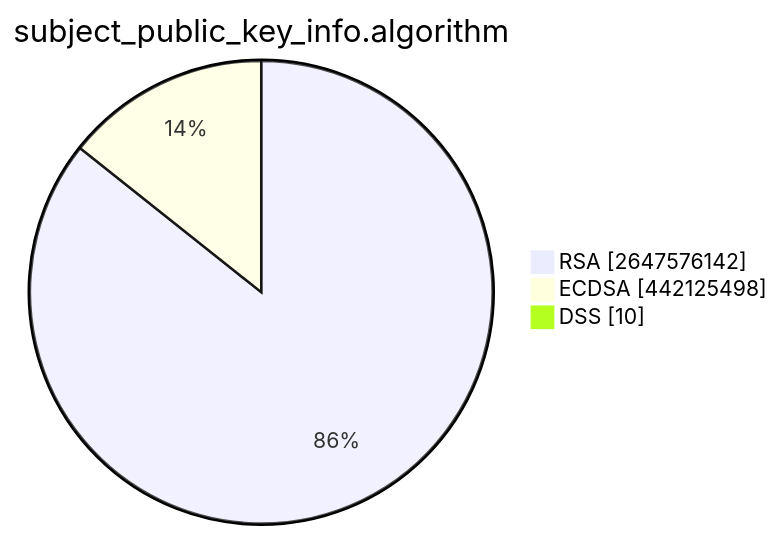
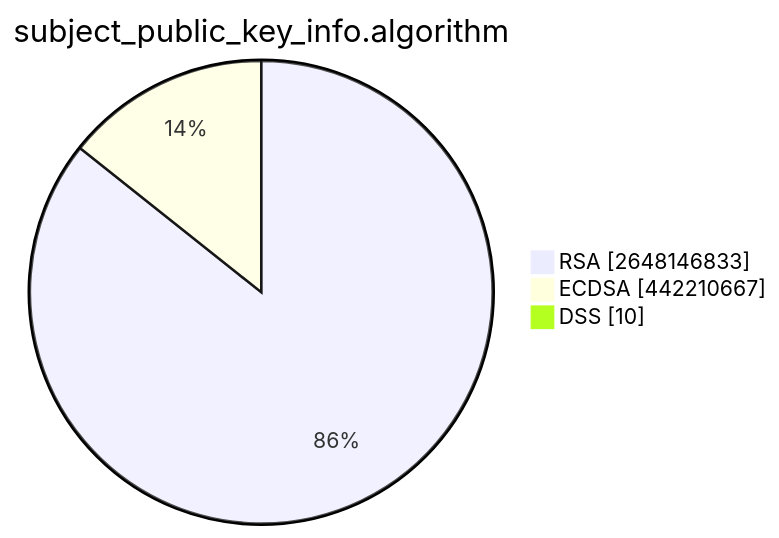
Before and after one commit to christiankrug/ctmonitor_visualization: the second of 15 diagrams in TOTAL/README.md, drawn with Mermaid. The commit also changed other lines of this file, not shown here.

````diff
--- a/TOTAL/README.md
+++ b/TOTAL/README.md
@@ -6,7 +6,7 @@
 ```mermaid
 pie showData
 title subject_public_key_info.algorithm
-"RSA" :2647576142
-"ECDSA" :442125498
+"RSA" :2648146833
+"ECDSA" :442210667
 "DSS" :10
 ```
````
